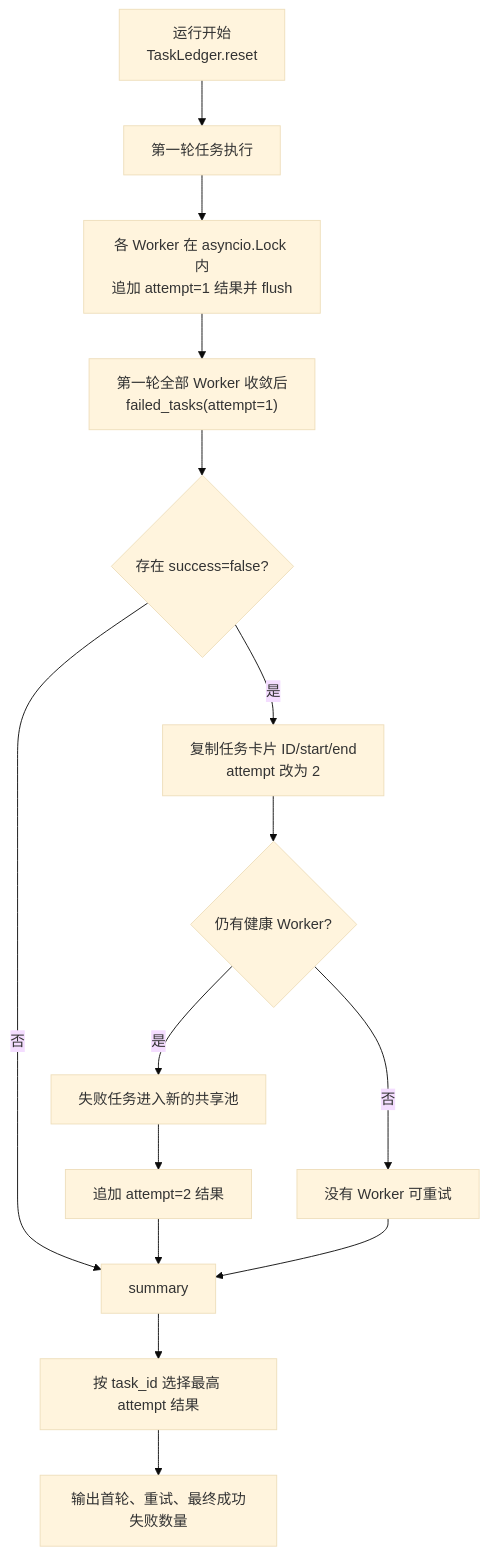
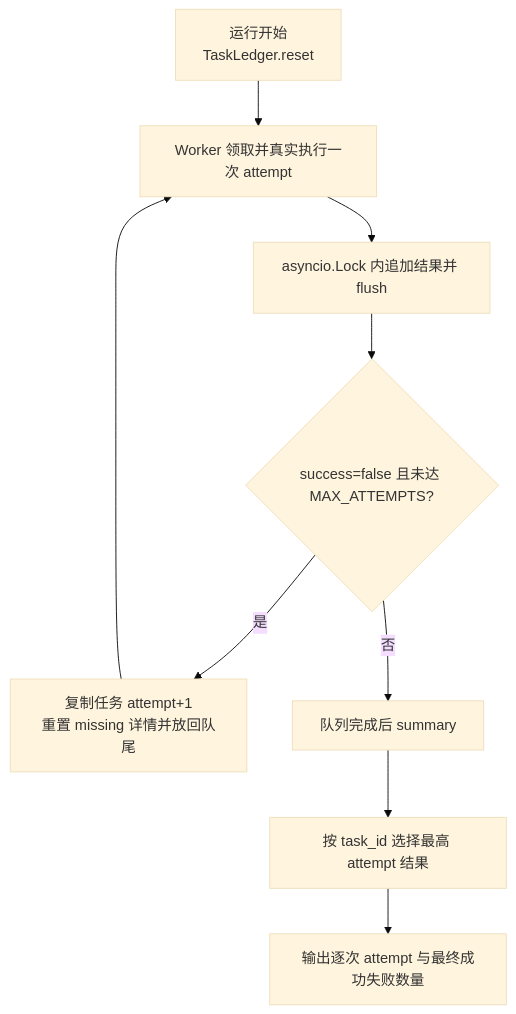
One commit to liao084/BitBrowser-Backfill-Engine changed diagram 14 of 15 in ARCHITECTURE.md. Above: the diagram before and after it, drawn with Mermaid (base theme). The commit also changed other lines of this file and 7 other files, not shown here.

````diff
--- a/ARCHITECTURE.md
+++ b/ARCHITECTURE.md
@@ -552,17 +574,11 @@
 ```mermaid
 flowchart TD
-    Reset["运行开始<br/>TaskLedger.reset"] --> Round1["第一轮任务执行"]
-    Round1 --> Record1["各 Worker 在 asyncio.Lock 内<br/>追加 attempt=1 结果并 flush"]
-    Record1 --> Load["第一轮全部 Worker 收敛后<br/>failed_tasks(attempt=1)"]
-    Load --> Failed{"存在 success=false?"}
-    Failed -->|"否"| Summary["summary"]
-    Failed -->|"是"| Rebuild["复制任务卡片 ID/start/end<br/>attempt 改为 2"]
-    Rebuild --> Healthy{"仍有健康 Worker?"}
-    Healthy -->|"是"| Round2["失败任务进入新的共享池"]
-    Healthy -->|"否"| FinalFail["没有 Worker 可重试"]
-    Round2 --> Record2["追加 attempt=2 结果"]
-    Record2 --> Summary
-    FinalFail --> Summary
+    Reset["运行开始<br/>TaskLedger.reset"] --> Attempt["Worker 领取并真实执行一次 attempt"]
+    Attempt --> Record["asyncio.Lock 内追加结果并 flush"]
+    Record --> Failed{"success=false 且未达 MAX_ATTEMPTS?"}
+    Failed -->|"是"| Requeue["复制任务 attempt+1<br/>重置 missing 详情并放回队尾"]
+    Requeue --> Attempt
+    Failed -->|"否"| Summary["队列完成后 summary"]
     Summary --> Latest["按 task_id 选择最高 attempt 结果"]
-    Latest --> Report["输出首轮、重试、最终成功失败数量"]
+    Latest --> Report["输出逐次 attempt 与最终成功失败数量"]
 ```
````
